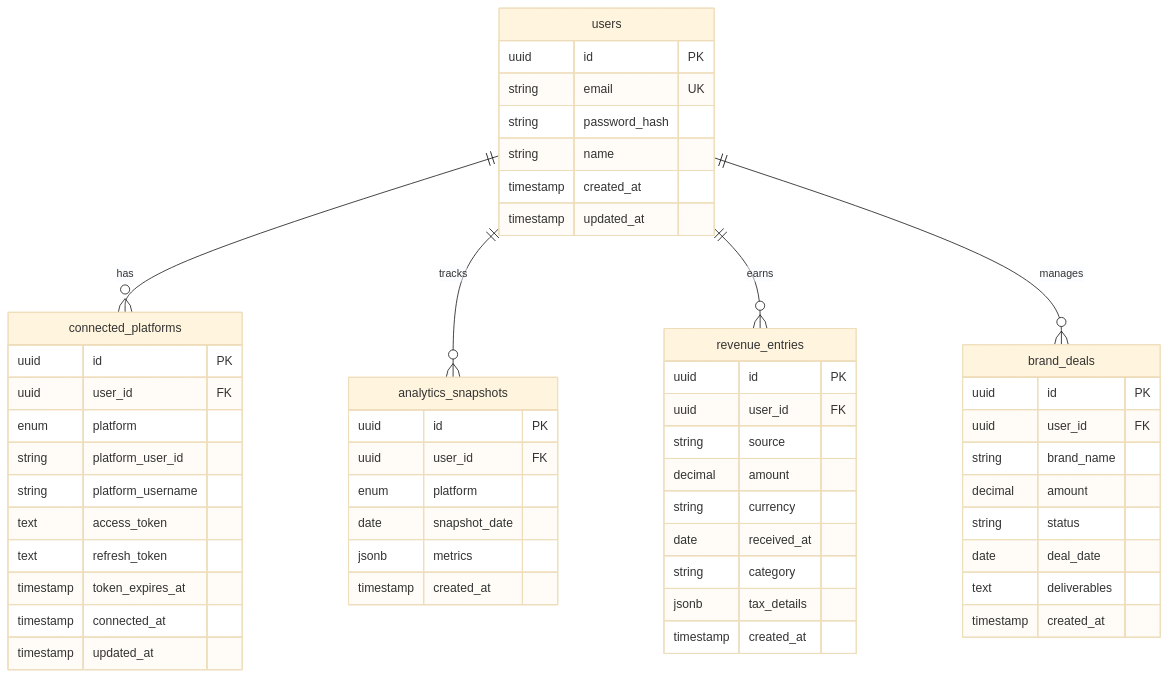
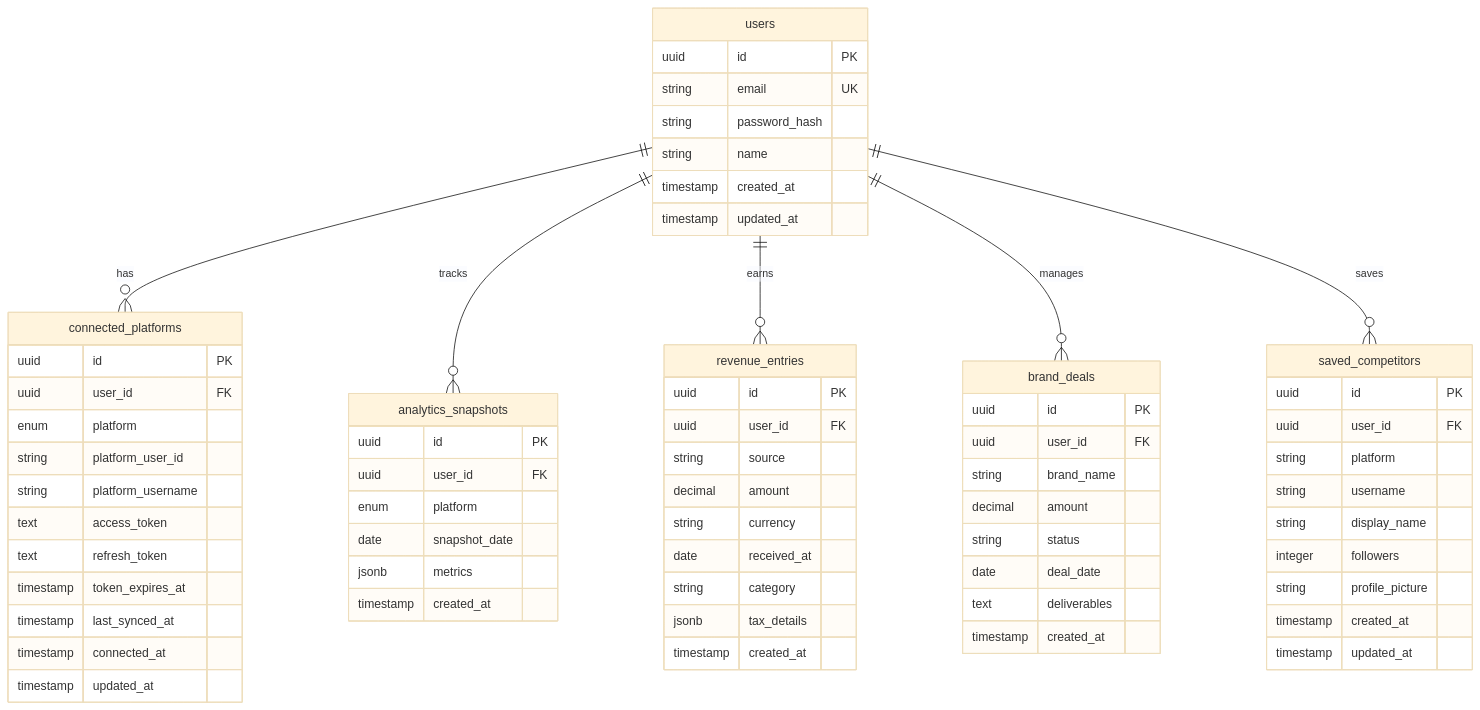
The third of 14 diagrams in TECHNICAL_DOCUMENTATION.md (ritwikvats/creatoriq), drawn with Mermaid (base theme) before and after one commit. The commit also changed other lines of this file and 1 other file, not shown here.

````diff
--- a/TECHNICAL_DOCUMENTATION.md
+++ b/TECHNICAL_DOCUMENTATION.md
@@ -299,61 +331,75 @@
 ```mermaid
 erDiagram
     users ||--o{ connected_platforms : has
     users ||--o{ analytics_snapshots : tracks
     users ||--o{ revenue_entries : earns
     users ||--o{ brand_deals : manages
+    users ||--o{ saved_competitors : saves
 
     users {
         uuid id PK
         string email UK
         string password_hash
         string name
         timestamp created_at
         timestamp updated_at
     }
 
     connected_platforms {
         uuid id PK
         uuid user_id FK
         enum platform
         string platform_user_id
         string platform_username
         text access_token
         text refresh_token
         timestamp token_expires_at
+        timestamp last_synced_at
         timestamp connected_at
         timestamp updated_at
     }
 
     analytics_snapshots {
         uuid id PK
         uuid user_id FK
         enum platform
         date snapshot_date
         jsonb metrics
         timestamp created_at
     }
 
     revenue_entries {
         uuid id PK
         uuid user_id FK
         string source
         decimal amount
         string currency
         date received_at
         string category
         jsonb tax_details
         timestamp created_at
     }
 
     brand_deals {
         uuid id PK
         uuid user_id FK
         string brand_name
         decimal amount
         string status
         date deal_date
         text deliverables
         timestamp created_at
     }
+
+    saved_competitors {
+        uuid id PK
+        uuid user_id FK
+        string platform
+        string username
+        string display_name
+        integer followers
+        string profile_picture
+        timestamp created_at
+        timestamp updated_at
+    }
 ```
````
